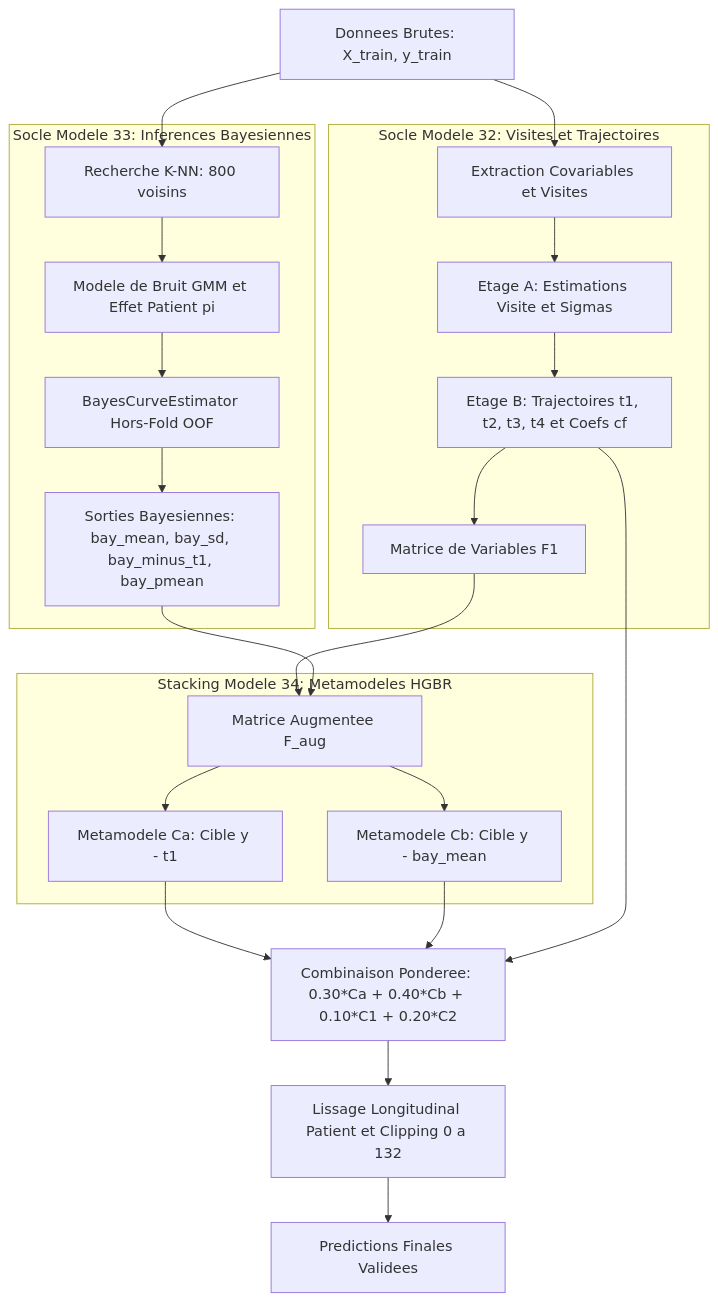
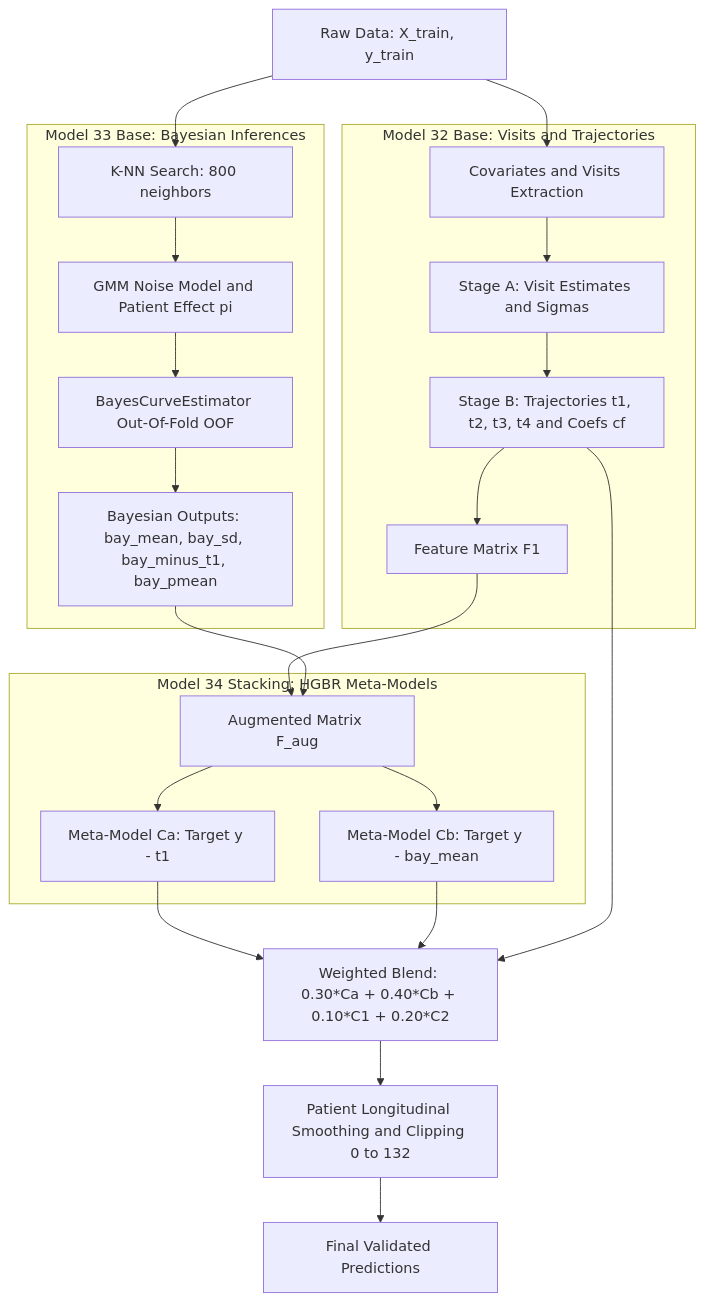
Before and after one commit to louislefo/Bobathon-ml-baptiste-maxime-louis: the diagram in rendu/documentation_34_bayes_stack.md, drawn with Mermaid. The commit also changed other lines of this file and 2 other files, not shown here.

Commit message:
feat(rendu): translate Model 34 code comments and documentation to English

````diff
--- a/rendu/documentation_34_bayes_stack.md
+++ b/rendu/documentation_34_bayes_stack.md
@@ -12,32 +12,32 @@
 ```mermaid
 flowchart TD
-    Raw["Donnees Brutes: X_train, y_train"] --> Split1["Extraction Covariables et Visites"]
-    Raw --> Split2["Recherche K-NN: 800 voisins"]
+    Raw["Raw Data: X_train, y_train"] --> Split1["Covariates and Visits Extraction"]
+    Raw --> Split2["K-NN Search: 800 neighbors"]
 
-    subgraph Socle32["Socle Modele 32: Visites et Trajectoires"]
-        Split1 --> StageA["Etage A: Estimations Visite et Sigmas"]
-        StageA --> StageB["Etage B: Trajectoires t1, t2, t3, t4 et Coefs cf"]
-        StageB --> FeatF1["Matrice de Variables F1"]
+    subgraph Socle32["Model 32 Base: Visits and Trajectories"]
+        Split1 --> StageA["Stage A: Visit Estimates and Sigmas"]
+        StageA --> StageB["Stage B: Trajectories t1, t2, t3, t4 and Coefs cf"]
+        StageB --> FeatF1["Feature Matrix F1"]
     end
 
-    subgraph BayesEstimator["Socle Modele 33: Inferences Bayesiennes"]
-        Split2 --> NoiseMod["Modele de Bruit GMM et Effet Patient pi"]
-        NoiseMod --> BayCurve["BayesCurveEstimator Hors-Fold OOF"]
-        BayCurve --> BayOutputs["Sorties Bayesiennes: bay_mean, bay_sd, bay_minus_t1, bay_pmean"]
+    subgraph BayesEstimator["Model 33 Base: Bayesian Inferences"]
+        Split2 --> NoiseMod["GMM Noise Model and Patient Effect pi"]
+        NoiseMod --> BayCurve["BayesCurveEstimator Out-Of-Fold OOF"]
+        BayCurve --> BayOutputs["Bayesian Outputs: bay_mean, bay_sd, bay_minus_t1, bay_pmean"]
     end
 
-    FeatF1 --> AugMat["Matrice Augmentee F_aug"]
+    FeatF1 --> AugMat["Augmented Matrix F_aug"]
     BayOutputs --> AugMat
 
-    subgraph Stacking34["Stacking Modele 34: Metamodeles HGBR"]
-        AugMat --> ModelCa["Metamodele Ca: Cible y - t1"]
-        AugMat --> ModelCb["Metamodele Cb: Cible y - bay_mean"]
+    subgraph Stacking34["Model 34 Stacking: HGBR Meta-Models"]
+        AugMat --> ModelCa["Meta-Model Ca: Target y - t1"]
+        AugMat --> ModelCb["Meta-Model Cb: Target y - bay_mean"]
     end
 
-    ModelCa --> Blend["Combinaison Ponderee: 0.30*Ca + 0.40*Cb + 0.10*C1 + 0.20*C2"]
+    ModelCa --> Blend["Weighted Blend: 0.30*Ca + 0.40*Cb + 0.10*C1 + 0.20*C2"]
     ModelCb --> Blend
     StageB --> Blend
 
-    Blend --> Smooth["Lissage Longitudinal Patient et Clipping 0 a 132"]
-    Smooth --> FinalPred["Predictions Finales Validees"]
+    Blend --> Smooth["Patient Longitudinal Smoothing and Clipping 0 to 132"]
+    Smooth --> FinalPred["Final Validated Predictions"]
 ```
````
